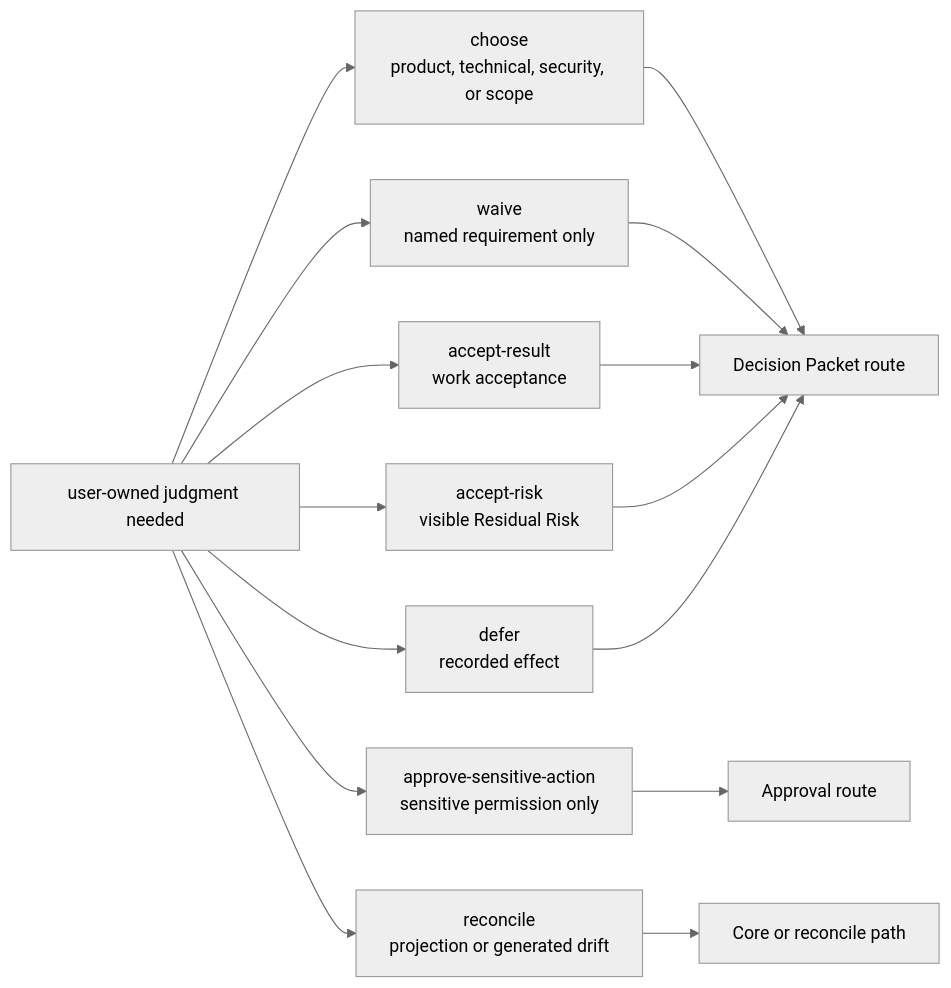
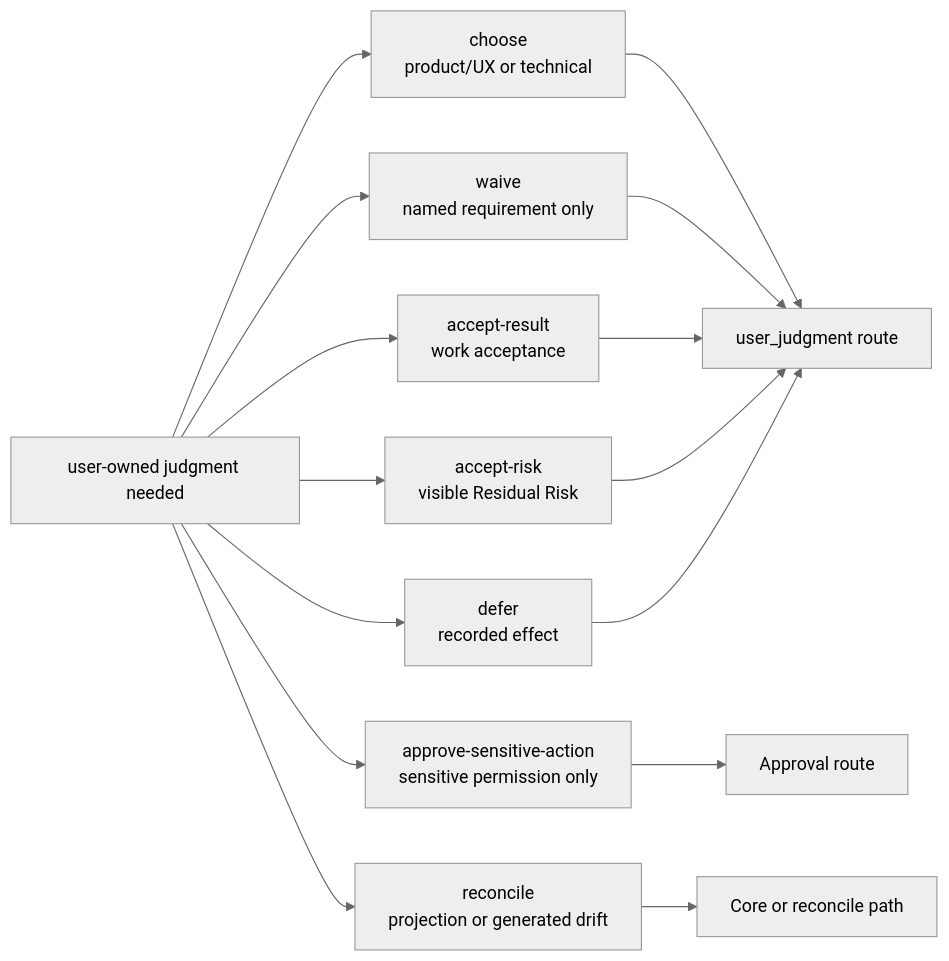
Before and after one commit to minjungw00/Harness_Project: the first of 3 diagrams in docs/en/reference/kernel.md, drawn with Mermaid (neutral theme). The commit also changed other lines of this file and 90 other files, not shown here.

Commit message:
docs: simplify user judgment model and naming

````diff
--- a/docs/en/reference/kernel.md
+++ b/docs/en/reference/kernel.md
@@ -135,19 +132,19 @@
 ```mermaid
 flowchart LR
   Need["user-owned judgment needed"]
-  Need --> Choose["choose<br/>product, technical, security, or scope"]
+  Need --> Choose["choose<br/>product/UX or technical"]
   Need --> Approve["approve-sensitive-action<br/>sensitive permission only"]
   Need --> Waive["waive<br/>named requirement only"]
   Need --> Accept["accept-result<br/>work acceptance"]
   Need --> Risk["accept-risk<br/>visible Residual Risk"]
   Need --> Reconcile["reconcile<br/>projection or generated drift"]
   Need --> Defer["defer<br/>recorded effect"]
 
-  Choose --> Decision["Decision Packet route"]
+  Choose --> Decision["user_judgment route"]
   Waive --> Decision
   Accept --> Decision
   Risk --> Decision
   Defer --> Decision
   Approve --> Approval["Approval route"]
   Reconcile --> CorePath["Core or reconcile path"]
 ```
````
